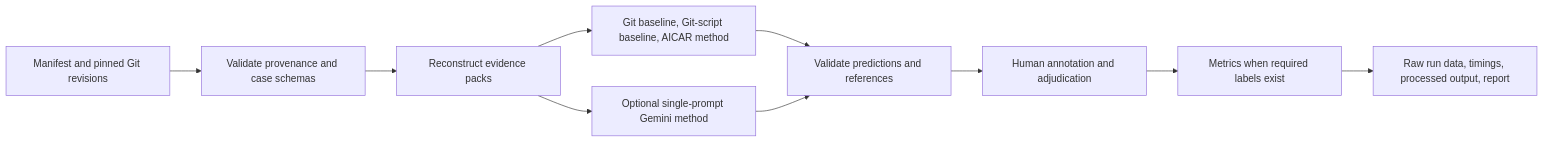
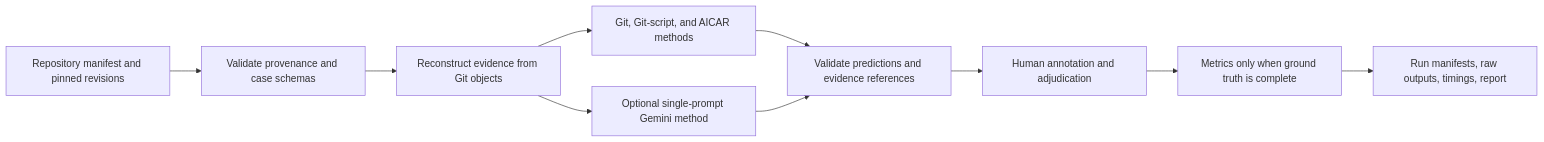
Before and after one commit to kRamu581/Agentic-Code-Archaeology: the second of 2 diagrams in README.md, drawn with Mermaid. The commit also changed other lines of this file and 39 other files, not shown here.

````diff
--- a/README.md
+++ b/README.md
@@ -88,12 +88,12 @@
 ```mermaid
 flowchart LR
-    M[Manifest and pinned Git revisions] --> V[Validate provenance and case schemas]
-    V --> P[Reconstruct evidence packs]
-    P --> B[Git baseline, Git-script baseline, AICAR method]
-    P --> L[Optional single-prompt Gemini method]
-    B --> S[Validate predictions and references]
-    L --> S
-    S --> A[Human annotation and adjudication]
-    A --> R[Metrics when required labels exist]
-    R --> O[Raw run data, timings, processed output, report]
+    MANIFEST[Repository manifest and pinned revisions] --> VALIDATE[Validate provenance and case schemas]
+    VALIDATE --> PACK[Reconstruct evidence from Git objects]
+    PACK --> METHODS[Git, Git-script, and AICAR methods]
+    PACK --> LLM[Optional single-prompt Gemini method]
+    METHODS --> CHECK[Validate predictions and evidence references]
+    LLM --> CHECK
+    CHECK --> HUMAN[Human annotation and adjudication]
+    HUMAN --> METRICS[Metrics only when ground truth is complete]
+    METRICS --> OUTPUT[Run manifests, raw outputs, timings, report]
 ```
````
